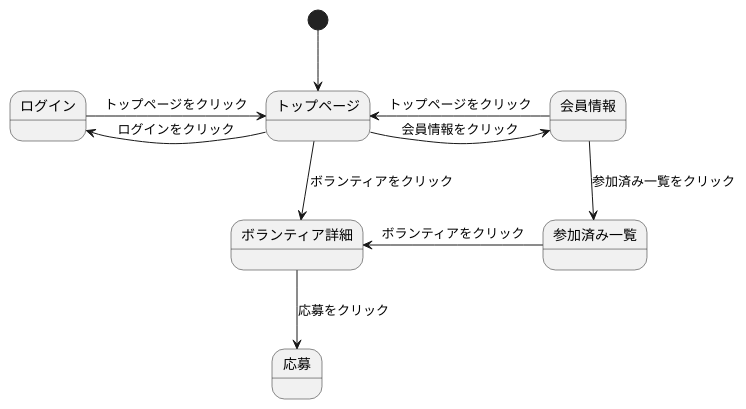
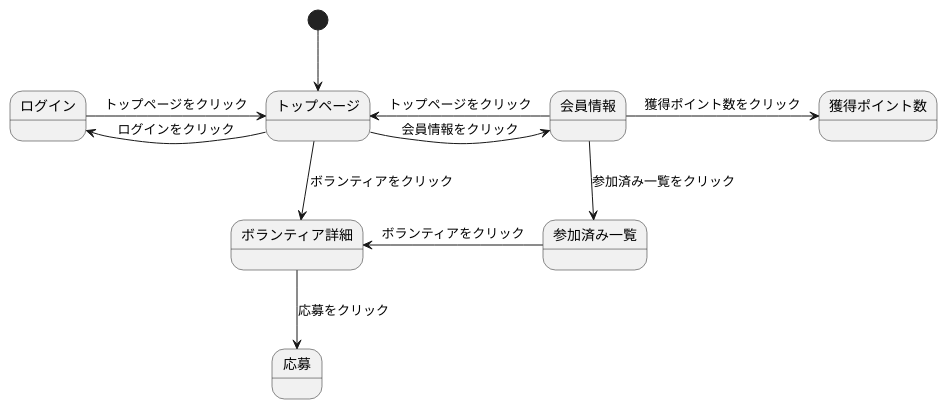
One commit to Aso2001001/2022System changed the diagram in 画面遷移図.md. Above: the diagram before and after it, drawn with PlantUML.

````diff
--- a/画面遷移図.md
+++ b/画面遷移図.md
@@ -1,14 +1,15 @@
 ```uml
 @startuml
 [*] --> トップページ
 
 トップページ -> 会員情報 : 会員情報をクリック
 トップページ --> ボランティア詳細 : ボランティアをクリック
 ボランティア詳細 --> 応募 : 応募をクリック
 会員情報 -> トップページ : トップページをクリック
 トップページ -left-> ログイン : ログインをクリック
 ログイン -> トップページ : トップページをクリック
 会員情報 --> 参加済み一覧 : 参加済み一覧をクリック
 参加済み一覧 -left-> ボランティア詳細 : ボランティアをクリック
+会員情報 -> 獲得ポイント数 : 獲得ポイント数をクリック
 @enduml
 ```
````
